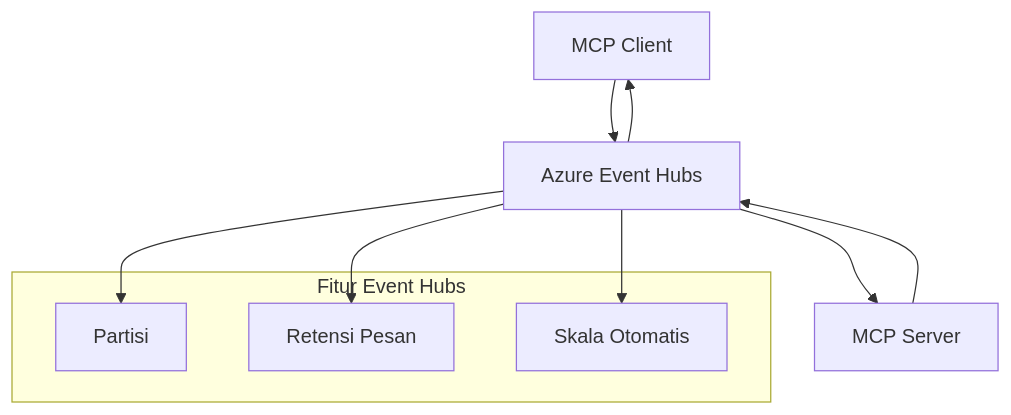
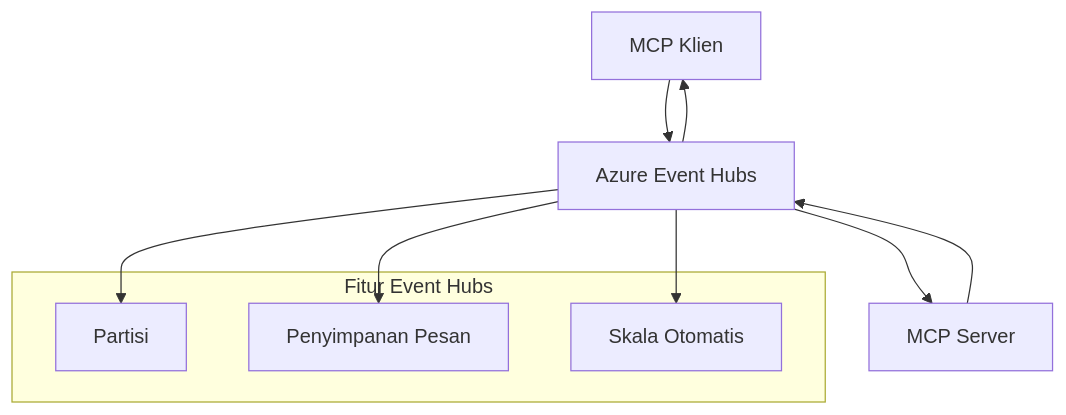
Before and after one commit to HIDORAKAI002/ai-workspace-archive: the second of 2 diagrams in mcp_ecosystem__model_context_protocol/mcp_learning_resources/mcp-for-beginners/translations/id/05-AdvancedTopics/mcp-transport/README.md, drawn with Mermaid. The commit also changed other lines of this file and 1539 other files, not shown here.

````diff
--- a/mcp_ecosystem__model_context_protocol/mcp_learning_resources/mcp-for-beginners/translations/id/05-AdvancedTopics/mcp-transport/README.md
+++ b/mcp_ecosystem__model_context_protocol/mcp_learning_resources/mcp-for-beginners/translations/id/05-AdvancedTopics/mcp-transport/README.md
@@ -269,17 +270,17 @@
 ```mermaid
 graph TB
-    Client[MCP Client] --> EH[Azure Event Hubs]
+    Client[MCP Klien] --> EH[Azure Event Hubs]
     EH --> Server[MCP Server]
     Server --> EH
     EH --> Client
     
     subgraph "Fitur Event Hubs"
         Partition[Partisi]
-        Retention[Retensi Pesan]
+        Retention[Penyimpanan Pesan]
         Scaling[Skala Otomatis]
     end
     
     EH --> Partition
     EH --> Retention
     EH --> Scaling
 ```
````
